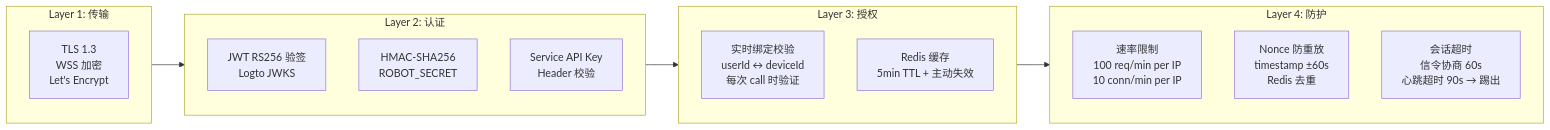
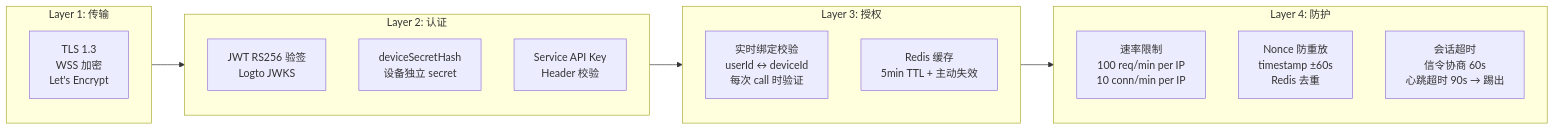
Before and after one commit to al96169/wo-bot-wiki: diagram 16 of 17 in 方案/架构图.md, drawn with Mermaid. The commit also changed other lines of this file and 4 other files, not shown here.

````diff
--- a/方案/架构图.md
+++ b/方案/架构图.md
@@ -802,25 +802,25 @@
 ```mermaid
 graph LR
     subgraph L1["Layer 1: 传输"]
         TLS["TLS 1.3<br/>WSS 加密<br/>Let's Encrypt"]
     end
     
     subgraph L2["Layer 2: 认证"]
         JWT_V["JWT RS256 验签<br/>Logto JWKS"]
-        HMAC_V["HMAC-SHA256<br/>ROBOT_SECRET"]
+        HMAC_V["deviceSecretHash<br/>设备独立 secret"]
         APIK_V["Service API Key<br/>Header 校验"]
     end
 
     subgraph L3["Layer 3: 授权"]
         BindCheck_L3["实时绑定校验<br/>userId ↔ deviceId<br/>每次 call 时验证"]
         CacheT["Redis 缓存<br/>5min TTL + 主动失效"]
     end
 
     subgraph L4["Layer 4: 防护"]
         Rate["速率限制<br/>100 req/min per IP<br/>10 conn/min per IP"]
         Nonce["Nonce 防重放<br/>timestamp ±60s<br/>Redis 去重"]
         Timeout["会话超时<br/>信令协商 60s<br/>心跳超时 90s → 踢出"]
     end
 
     L1 --> L2 --> L3 --> L4
 ```
````
